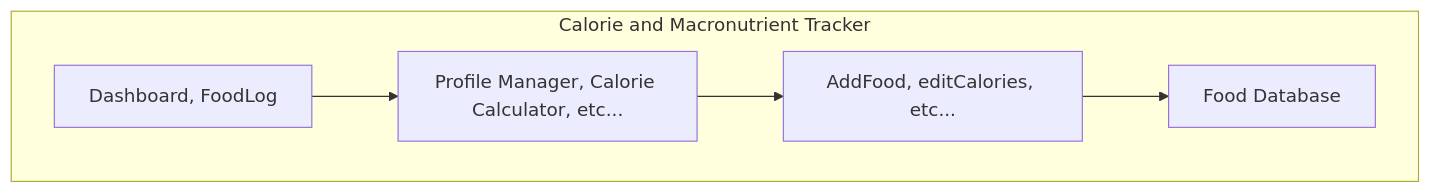
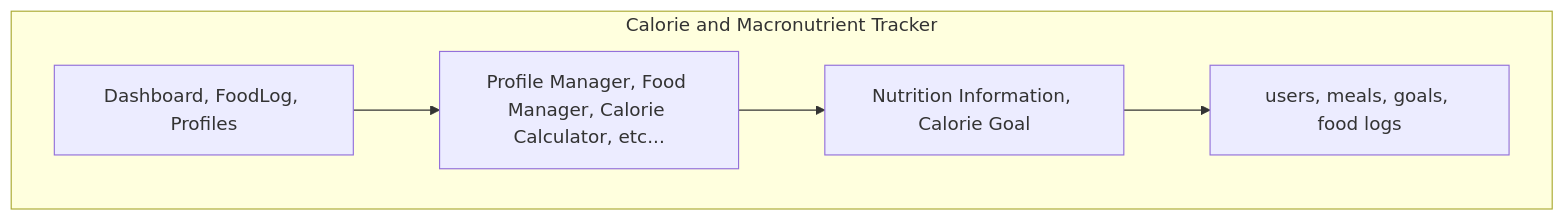
Before and after one commit to EShim003/cen5064-project-Shim: the second of 4 diagrams in README.md, drawn with Mermaid. The commit also changed other lines of this file, not shown here.

Commit message:
Update README.md
finalized the context and container

````diff
--- a/README.md
+++ b/README.md
@@ -49,9 +49,9 @@
 ```mermaid
 %% Container view: your containers should match the tier table above.
 flowchart TB
     subgraph YourSystem [Calorie and Macronutrient Tracker]
-        ui[Dashboard, FoodLog] --> api[Profile Manager, Calorie Calculator, etc...]
-        api --> domain[AddFood, editCalories, etc...]
-        domain --> db[Food Database]
+        ui[Dashboard, FoodLog, Profiles] --> api[Profile Manager, Food Manager, Calorie Calculator, etc...]
+        api --> domain[Nutrition Information, Calorie Goal]
+        domain --> db[users, meals, goals, food logs]
     end
 ```
````
